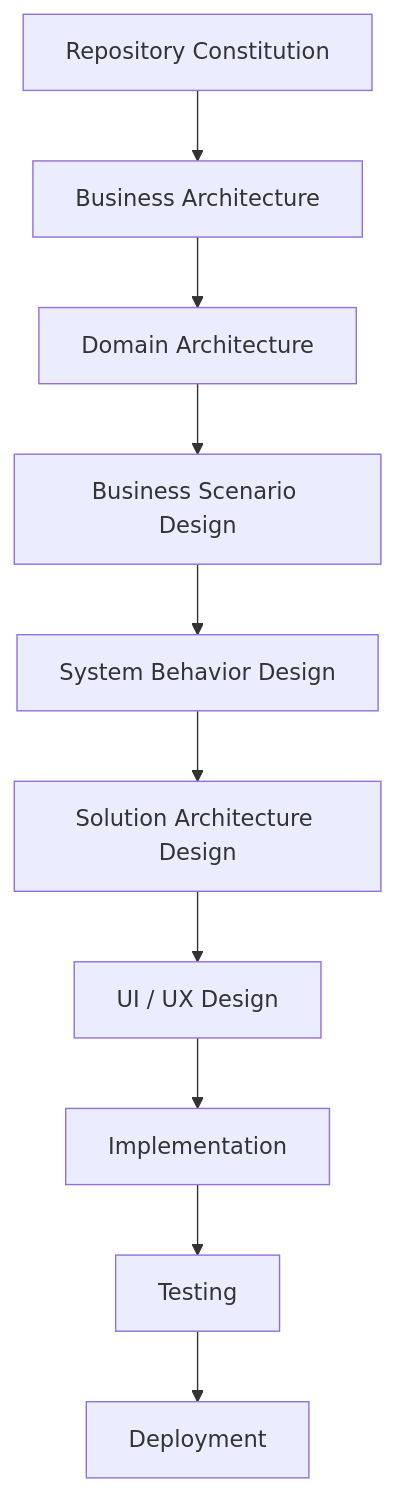
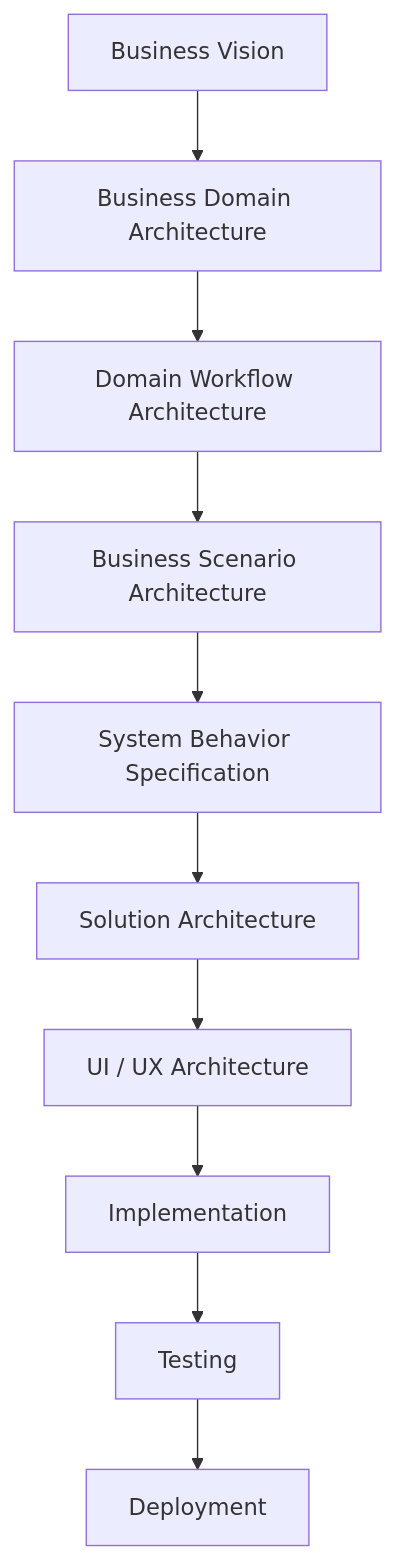
One commit to Varad1604/ERP_hark changed the first of 2 diagrams in governance/constitution/Volume_4_Engineering_Governance.md. Above: the diagram before and after it, drawn with Mermaid. The commit also changed other lines of this file and 94 other files, not shown here.

````diff
--- a/governance/constitution/Volume_4_Engineering_Governance.md
+++ b/governance/constitution/Volume_4_Engineering_Governance.md
@@ -34,23 +52,13 @@
 ```mermaid
 flowchart TD
-
-A["Repository Constitution"]
-
--->B["Business Architecture"]
-
--->C["Domain Architecture"]
-
--->D["Business Scenario Design"]
-
--->E["System Behavior Design"]
-
--->F["Solution Architecture Design"]
-
--->G["UI / UX Design"]
-
--->H["Implementation"]
-
--->I["Testing"]
-
--->J["Deployment"]
+L0["Business Vision"]
+-->L1["Business Domain Architecture"]
+-->L2["Domain Workflow Architecture"]
+-->L3["Business Scenario Architecture"]
+-->L4["System Behavior Specification"]
+-->L5["Solution Architecture"]
+-->L6["UI / UX Architecture"]
+-->Implementation
+-->Testing
+-->Deployment
 ```
````
